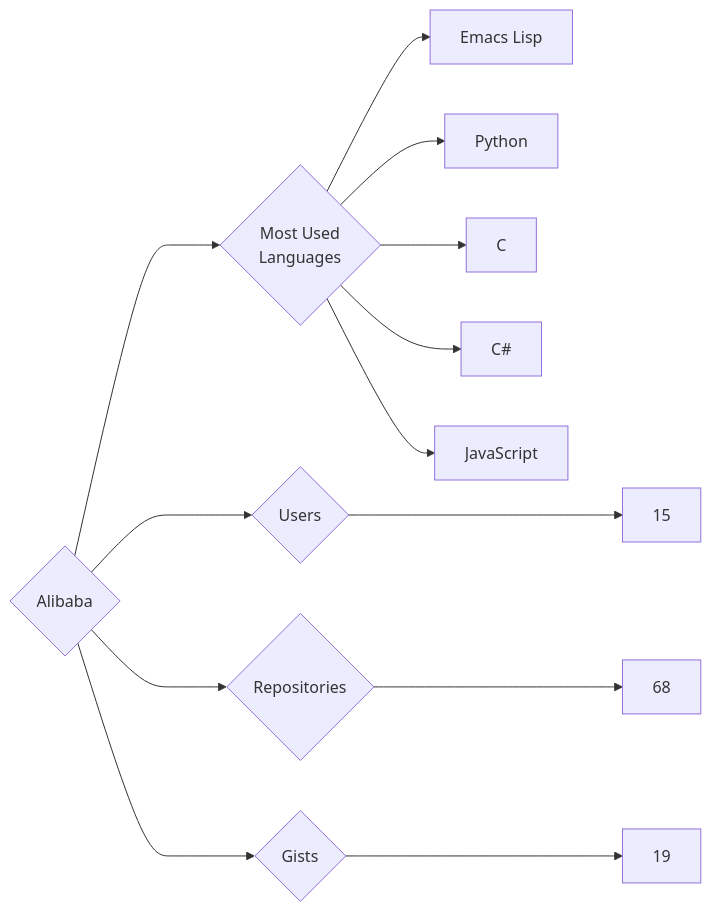
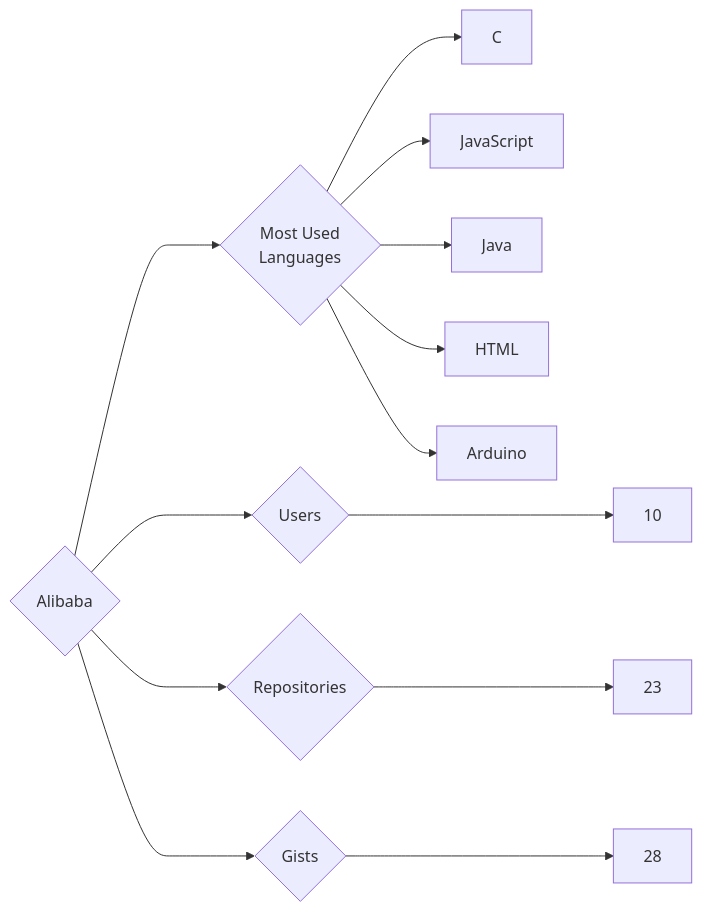
One commit to trickest/insiders changed the diagram in targets/Alibaba/README.md. Above: the diagram before and after it, drawn with Mermaid. The commit also changed 880 other files, not shown here.

````diff
--- a/targets/Alibaba/README.md
+++ b/targets/Alibaba/README.md
@@ -3,13 +3,13 @@
 ```mermaid
 graph LR
 COMPANY_NAME{Alibaba}
-COMPANY_NAME ---> U{Users} ---> UN[15]
-COMPANY_NAME ---> R{Repositories} ---> RN[68]
-COMPANY_NAME ---> G{Gists} ---> GN[19]
+COMPANY_NAME ---> U{Users} ---> UN[10]
+COMPANY_NAME ---> R{Repositories} ---> RN[23]
+COMPANY_NAME ---> G{Gists} ---> GN[28]
 COMPANY_NAME ---> ML{Most Used<br>Languages}
-ML --> Emacs_Lisp[Emacs Lisp]
-ML --> Python[Python]
 ML --> C[C]
-ML --> C#[C#]
 ML --> JavaScript[JavaScript]
+ML --> Java[Java]
+ML --> HTML[HTML]
+ML --> Arduino[Arduino]
 ```
````
